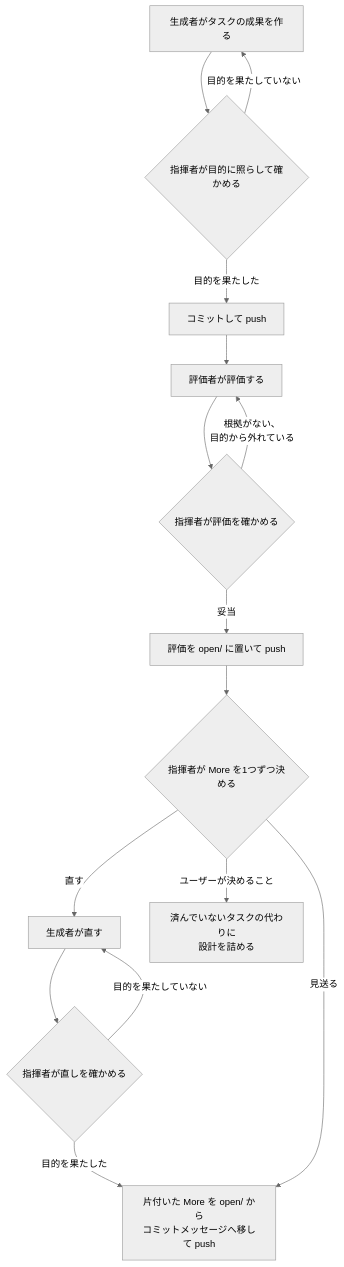
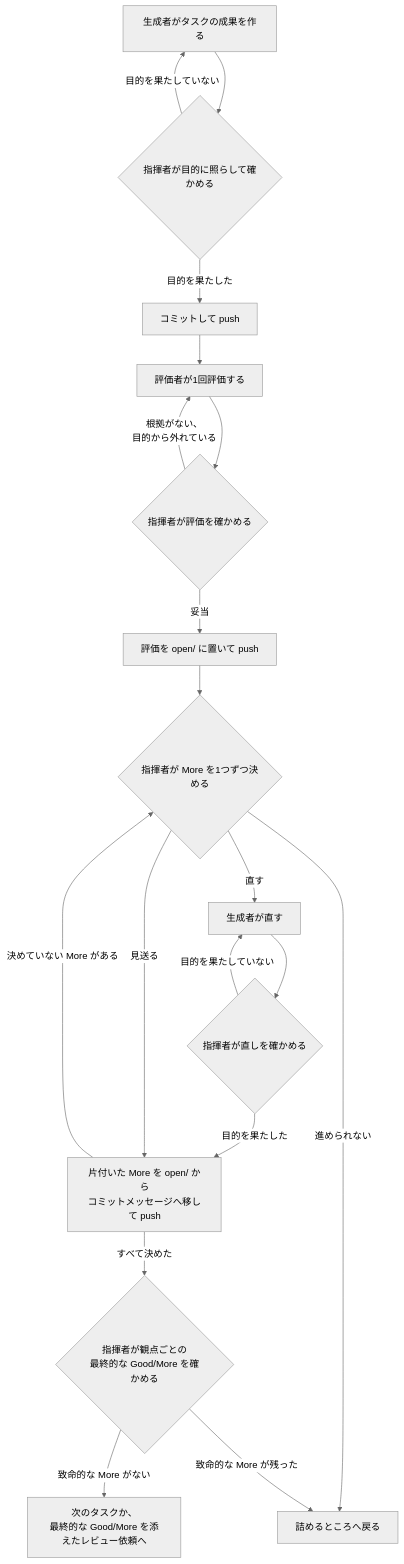
The fourth of 5 diagrams in rn/docs/design.md (lovaizu/ccpm), drawn with Mermaid (neutral theme) before and after one commit. The commit also changed other lines of this file and 1 other file, not shown here.

Commit message:
docs(rn): the evaluator evaluates once; the conductor settles the More with the generator, then asks for review with the final Good/More or goes back to working things out when a fatal More remains

````diff
--- a/rn/docs/design.md
+++ b/rn/docs/design.md
@@ -100,28 +102,34 @@
 ```mermaid
 flowchart TD
     M["生成者がタスクの成果を作る"]
     K{"指揮者が目的に照らして確かめる"}
     C["コミットして push"]
-    V["評価者が評価する"]
+    V["評価者が1回評価する"]
     KE{"指揮者が評価を確かめる"}
     O["評価を open/ に置いて push"]
     D{"指揮者が More を1つずつ決める"}
     F["生成者が直す"]
     FK{"指揮者が直しを確かめる"}
     S["片付いた More を open/ から<br/>コミットメッセージへ移して push"]
-    U["済んでいないタスクの代わりに<br/>設計を詰める"]
+    J{"指揮者が観点ごとの<br/>最終的な Good/More を確かめる"}
+    N["次のタスクか、<br/>最終的な Good/More を添えたレビュー依頼へ"]
+    U["詰めるところへ戻る"]
     M --> K
     K -->|"目的を果たしていない"| M
     K -->|"目的を果たした"| C
     C --> V
     V --> KE
     KE -->|"根拠がない、<br/>目的から外れている"| V
     KE -->|"妥当"| O
     O --> D
     D -->|"直す"| F
     F --> FK
     FK -->|"目的を果たしていない"| F
     FK -->|"目的を果たした"| S
     D -->|"見送る"| S
-    D -->|"ユーザーが決めること"| U
+    S -->|"決めていない More がある"| D
+    S -->|"すべて決めた"| J
+    D -->|"進められない"| U
+    J -->|"致命的な More がない"| N
+    J -->|"致命的な More が残った"| U
 ```
````
